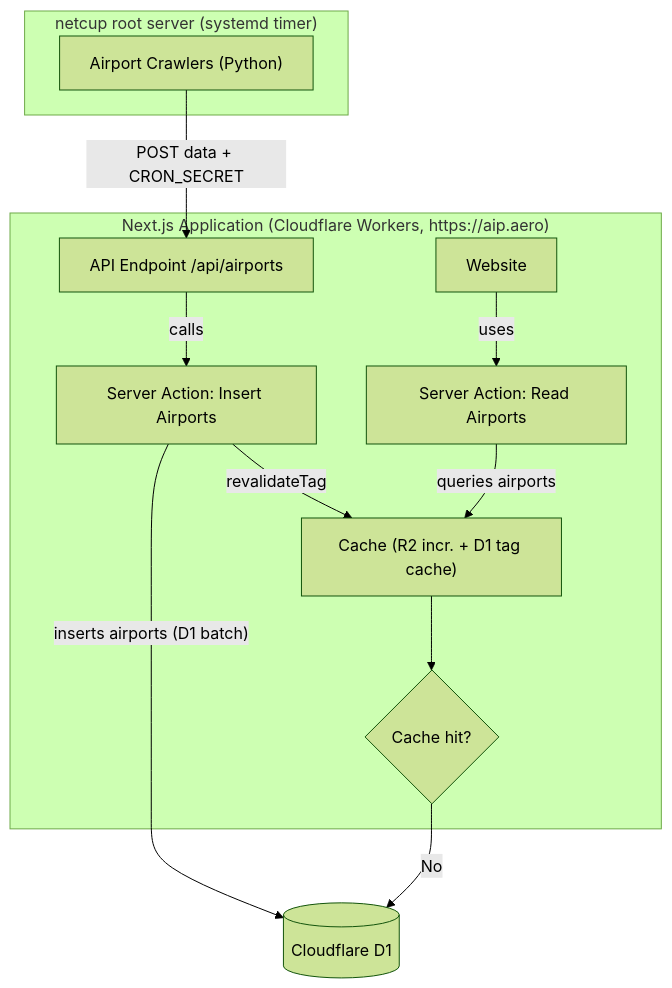
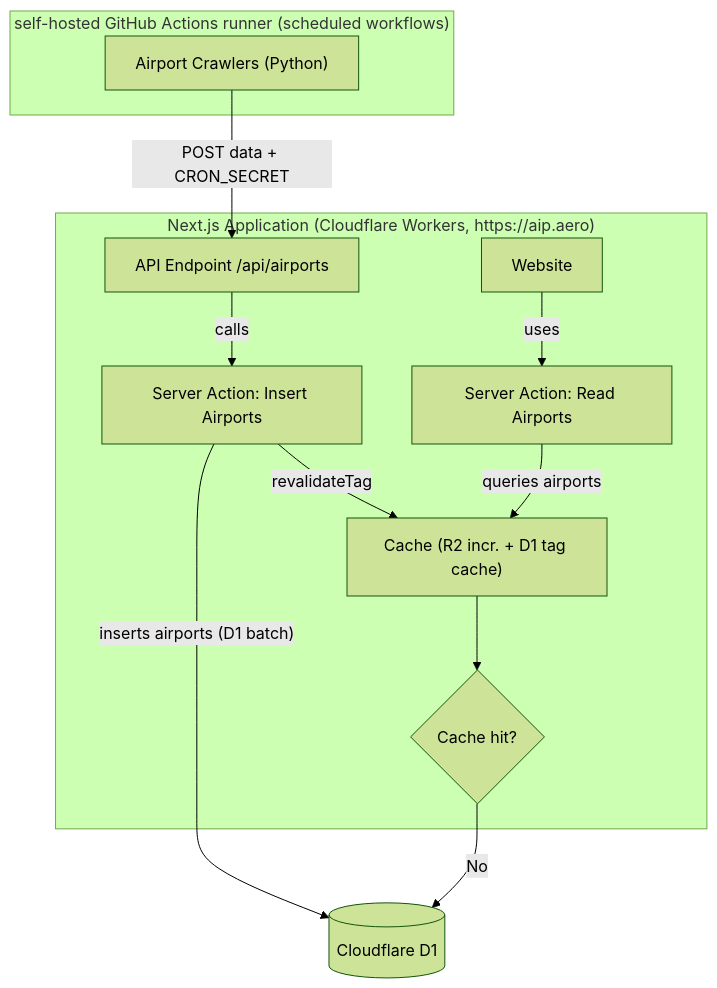
One commit to alexanderdross/AipAero changed the diagram in README.md. Above: the diagram before and after it, drawn with Mermaid (forest theme). The commit also changed other lines of this file and 6 other files, not shown here.

````diff
--- a/README.md
+++ b/README.md
@@ -19,22 +19,22 @@
 ```mermaid
 flowchart TD
  subgraph subGraph0["Next.js Application (Cloudflare Workers, https://aip.aero)"]
         API["API Endpoint /api/airports"]
         Website["Website"]
         InsertAction["Server Action: Insert Airports"]
         ReadAction["Server Action: Read Airports"]
         Cache["Cache (R2 incr. + D1 tag cache)"]
         IsHit{"Cache hit?"}
   end
- subgraph subGraph1["netcup root server (systemd timer)"]
+ subgraph subGraph1["self-hosted GitHub Actions runner (scheduled workflows)"]
         Crawlers["Airport Crawlers (Python)"]
   end
     Crawlers -- "POST data + CRON_SECRET" --> API
     API -- calls --> InsertAction
     InsertAction -- inserts airports (D1 batch) --> D1[("Cloudflare D1")]
     InsertAction -- "revalidateTag" --> Cache
     Website -- uses --> ReadAction
     ReadAction -- queries airports --> Cache
     Cache --> IsHit
     IsHit -- No --> D1
 ```
````
